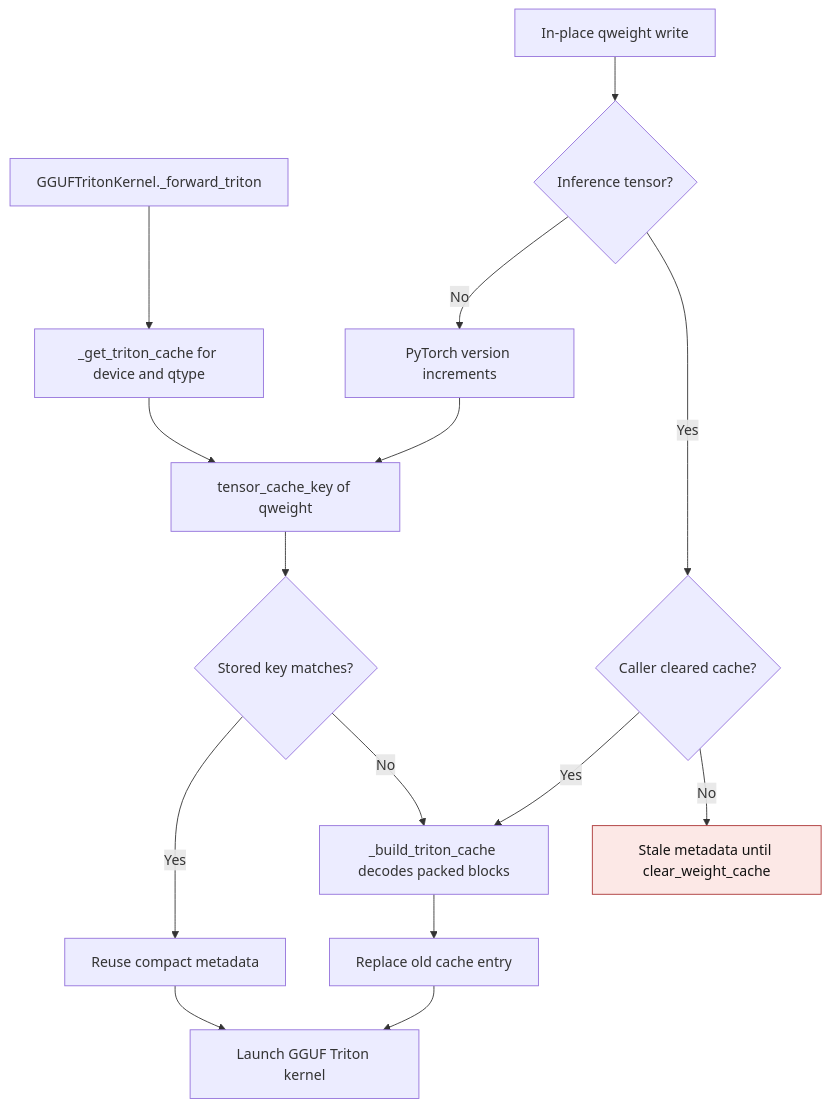
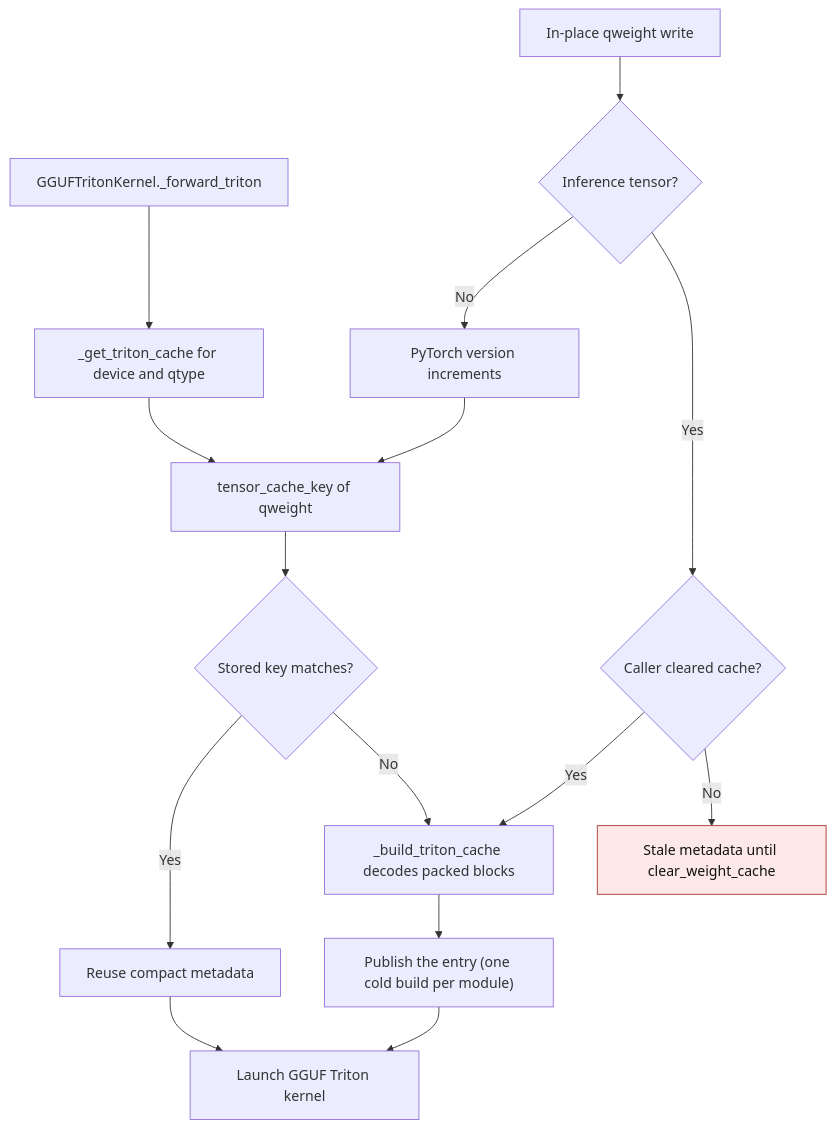
Before and after one commit to ModelCloud/GPTQModel: the first of 3 diagrams in docs/gguf-triton-packed-cache.md, drawn with Mermaid. The commit also changed other lines of this file and 2 other files, not shown here.

````diff
--- a/docs/gguf-triton-packed-cache.md
+++ b/docs/gguf-triton-packed-cache.md
@@ -35,19 +35,19 @@
 ```mermaid
 flowchart TD
     A["GGUFTritonKernel._forward_triton"] --> B["_get_triton_cache for device and qtype"]
     B --> C["tensor_cache_key of qweight"]
     C --> D{"Stored key matches?"}
     D -- "Yes" --> E["Reuse compact metadata"]
     D -- "No" --> F["_build_triton_cache decodes packed blocks"]
-    F --> G["Replace old cache entry"]
+    F --> G["Publish the entry (one cold build per module)"]
     E --> H["Launch GGUF Triton kernel"]
     G --> H
     I["In-place qweight write"] --> J{"Inference tensor?"}
     J -- "No" --> K["PyTorch version increments"]
     K --> C
     J -- "Yes" --> L{"Caller cleared cache?"}
     L -- "Yes" --> F
     L -- "No" --> X["Stale metadata until clear_weight_cache"]
     classDef failure fill:#fce8e6,stroke:#a33,color:#111
     class X failure
 ```
````
